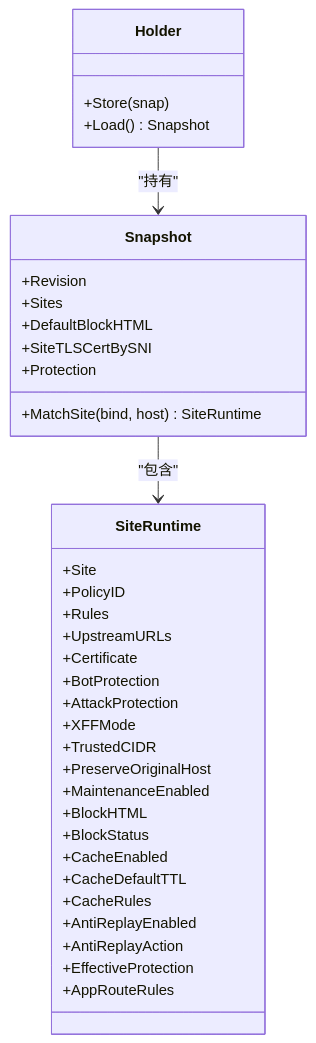
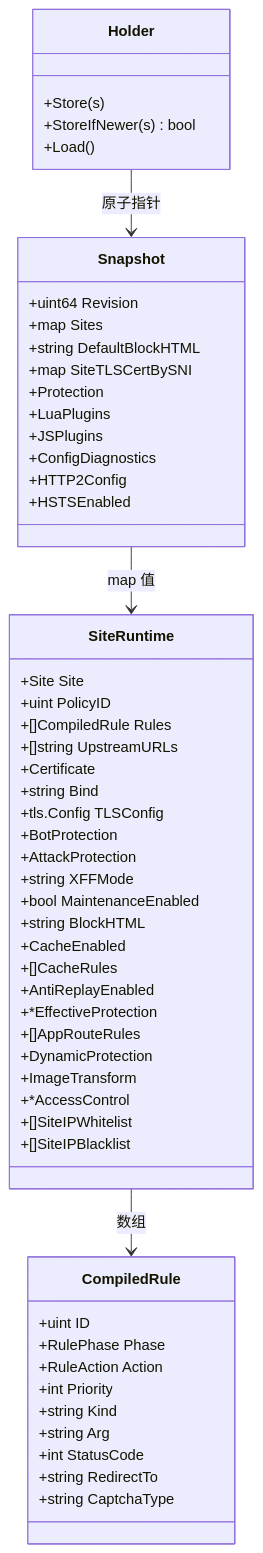
Before and after one commit to x01n/My-OpenWaf: the sixth of 8 diagrams in docs/系统架构设计/组件关系图.md, drawn with Mermaid. The commit also changed other lines of this file and 622 other files, not shown here.

````diff
--- a/docs/系统架构设计/组件关系图.md
+++ b/docs/系统架构设计/组件关系图.md
@@ -323,39 +414,58 @@
 ```mermaid
 classDiagram
 class Snapshot {
-+Revision
-+Sites
-+DefaultBlockHTML
-+SiteTLSCertBySNI
++uint64 Revision
++map Sites
++string DefaultBlockHTML
++map SiteTLSCertBySNI
 +Protection
-+MatchSite(bind, host) SiteRuntime
++LuaPlugins
++JSPlugins
++ConfigDiagnostics
++HTTP2Config
++HSTSEnabled
 }
 class SiteRuntime {
-+Site
-+PolicyID
-+Rules
-+UpstreamURLs
++Site Site
++uint PolicyID
++[]CompiledRule Rules
++[]string UpstreamURLs
 +Certificate
++string Bind
++tls.Config TLSConfig
 +BotProtection
 +AttackProtection
-+XFFMode
-+TrustedCIDR
-+PreserveOriginalHost
-+MaintenanceEnabled
-+BlockHTML
-+BlockStatus
++string XFFMode
++bool MaintenanceEnabled
++string BlockHTML
 +CacheEnabled
-+CacheDefaultTTL
-+CacheRules
++[]CacheRules
 +AntiReplayEnabled
-+AntiReplayAction
-+EffectiveProtection
-+AppRouteRules
++*EffectiveProtection
++[]AppRouteRules
++DynamicProtection
++ImageTransform
++*AccessControl
++[]SiteIPWhitelist
++[]SiteIPBlacklist
+}
+class CompiledRule {
++uint ID
++RulePhase Phase
++RuleAction Action
++int Priority
++string Kind
++string Arg
++int StatusCode
++string RedirectTo
++string CaptchaType
 }
 class Holder {
-+Store(snap)
-+Load() Snapshot
++Store(s)
++StoreIfNewer(s) bool
++Load()
 }
-Snapshot --> SiteRuntime : "包含"
-Holder --> Snapshot : "持有"
+Snapshot --> SiteRuntime : map 值
+SiteRuntime --> CompiledRule : 数组
+Holder --> Snapshot : 原子指针
 ```
````
